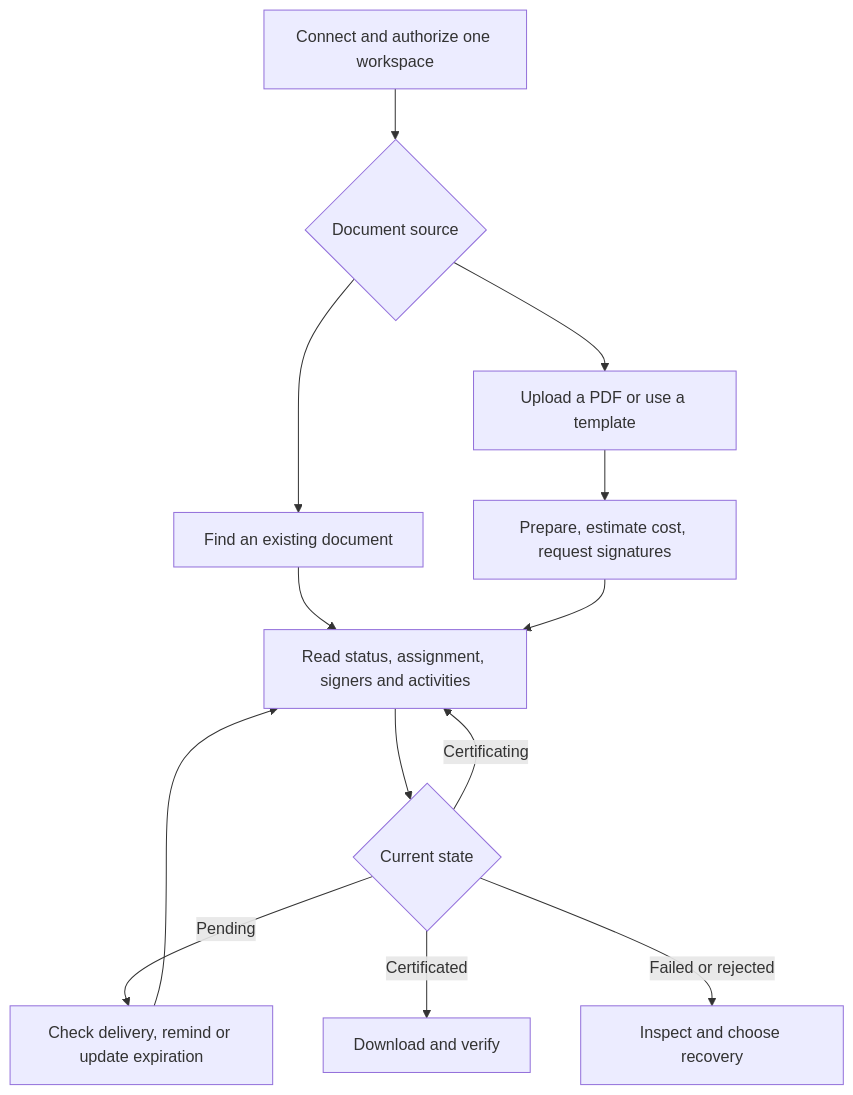
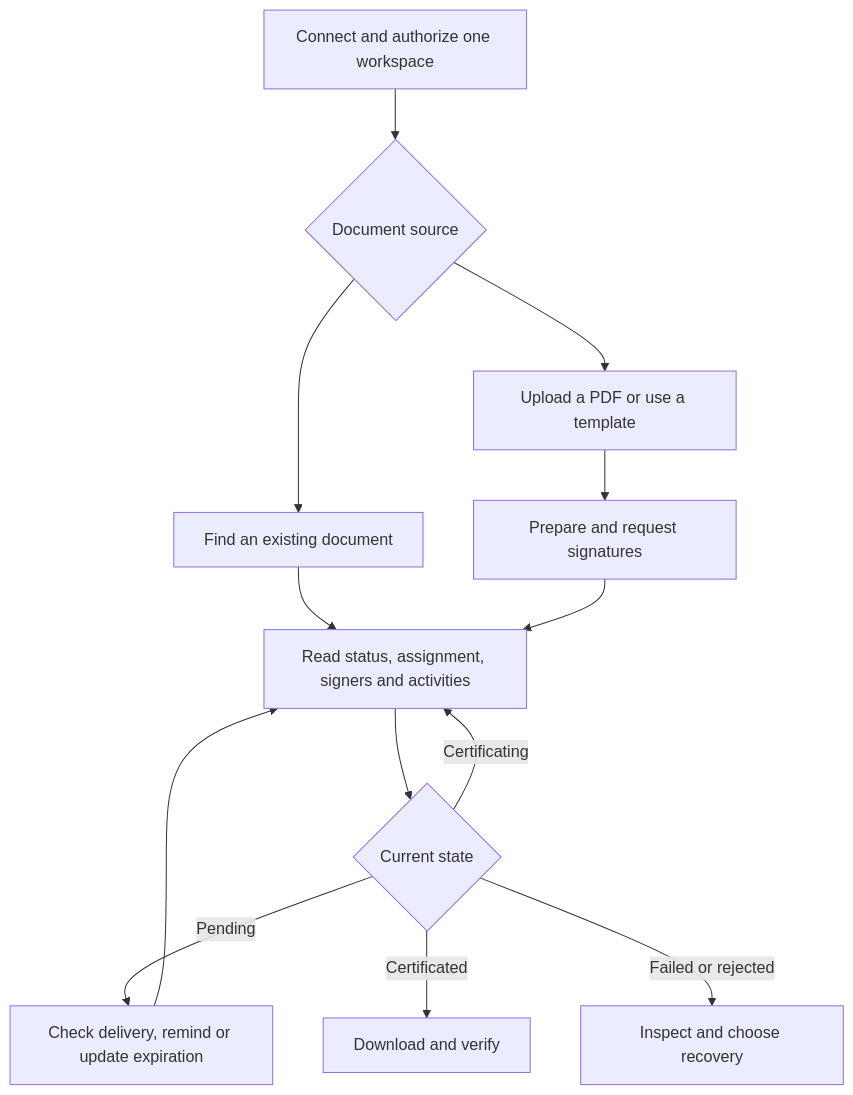
The diagram in README.en.md (assinafy/mcp-server), drawn with Mermaid before and after one commit. The commit also changed other lines of this file and 1 other file, not shown here.

First line of the commit message:
Describe one template tool and drop the cost estimates

````diff
--- a/README.en.md
+++ b/README.en.md
@@ -130,15 +130,15 @@
 ```mermaid
 flowchart TD
     A[Connect and authorize one workspace] --> B{Document source}
     B --> C[Find an existing document]
     B --> D[Upload a PDF or use a template]
-    D --> E[Prepare, estimate cost, request signatures]
+    D --> E[Prepare and request signatures]
     C --> F[Read status, assignment, signers and activities]
     E --> F
     F --> G{Current state}
     G -->|Pending| H[Check delivery, remind or update expiration]
     H --> F
     G -->|Certificating| F
     G -->|Certificated| I[Download and verify]
     G -->|Failed or rejected| J[Inspect and choose recovery]
 ```
````
